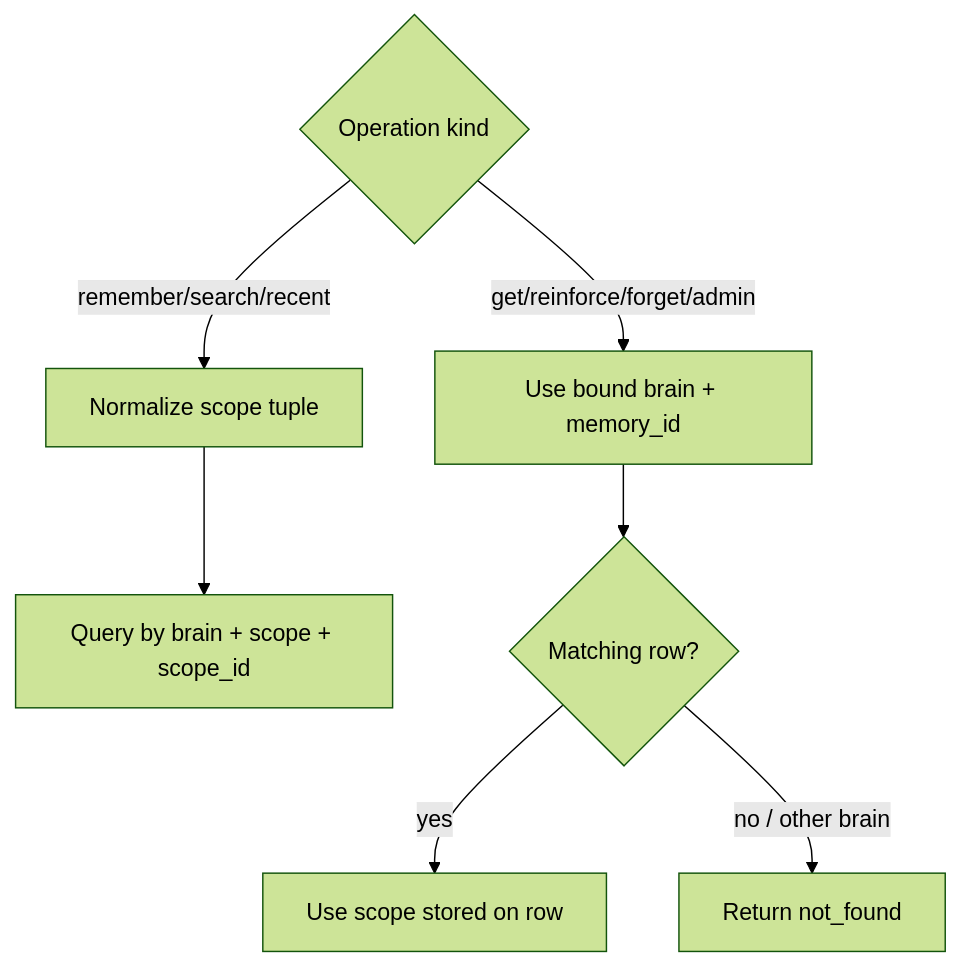
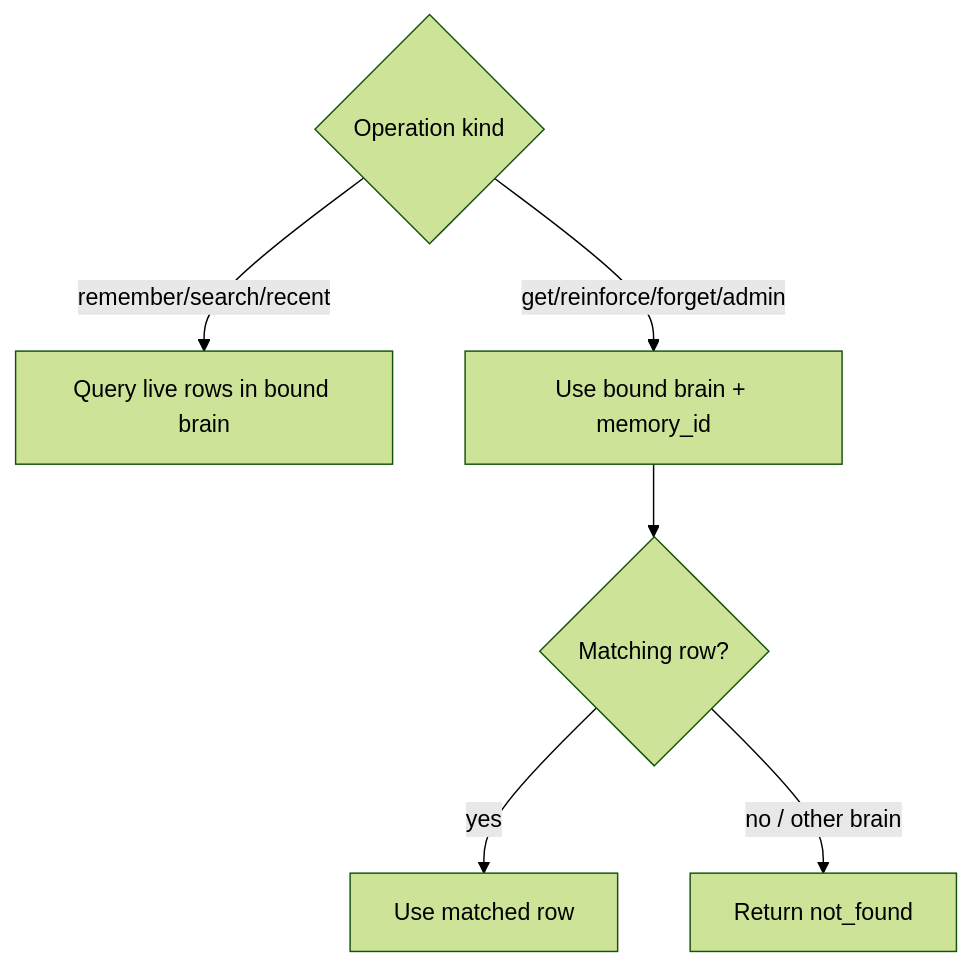
Before and after one commit to Flowerf19/another-brain: the third of 10 diagrams in .agents/plans/07-multiplatform-embedded-runtime.md, drawn with Mermaid (forest theme). The commit also changed other lines of this file and 50 other files, not shown here.

````diff
--- a/.agents/plans/07-multiplatform-embedded-runtime.md
+++ b/.agents/plans/07-multiplatform-embedded-runtime.md
@@ -199,10 +196,9 @@
 ```mermaid
 flowchart TD
     Op{"Operation kind"}
-    Op -->|remember/search/recent| Scope["Normalize scope tuple"]
-    Scope --> Scoped["Query by brain + scope + scope_id"]
+    Op -->|remember/search/recent| Brain["Query live rows in bound brain"]
     Op -->|get/reinforce/forget/admin| Id["Use bound brain + memory_id"]
     Id --> Row{"Matching row?"}
-    Row -->|yes| Stored["Use scope stored on row"]
+    Row -->|yes| Stored["Use matched row"]
     Row -->|no / other brain| Missing["Return not_found"]
 ```
````
